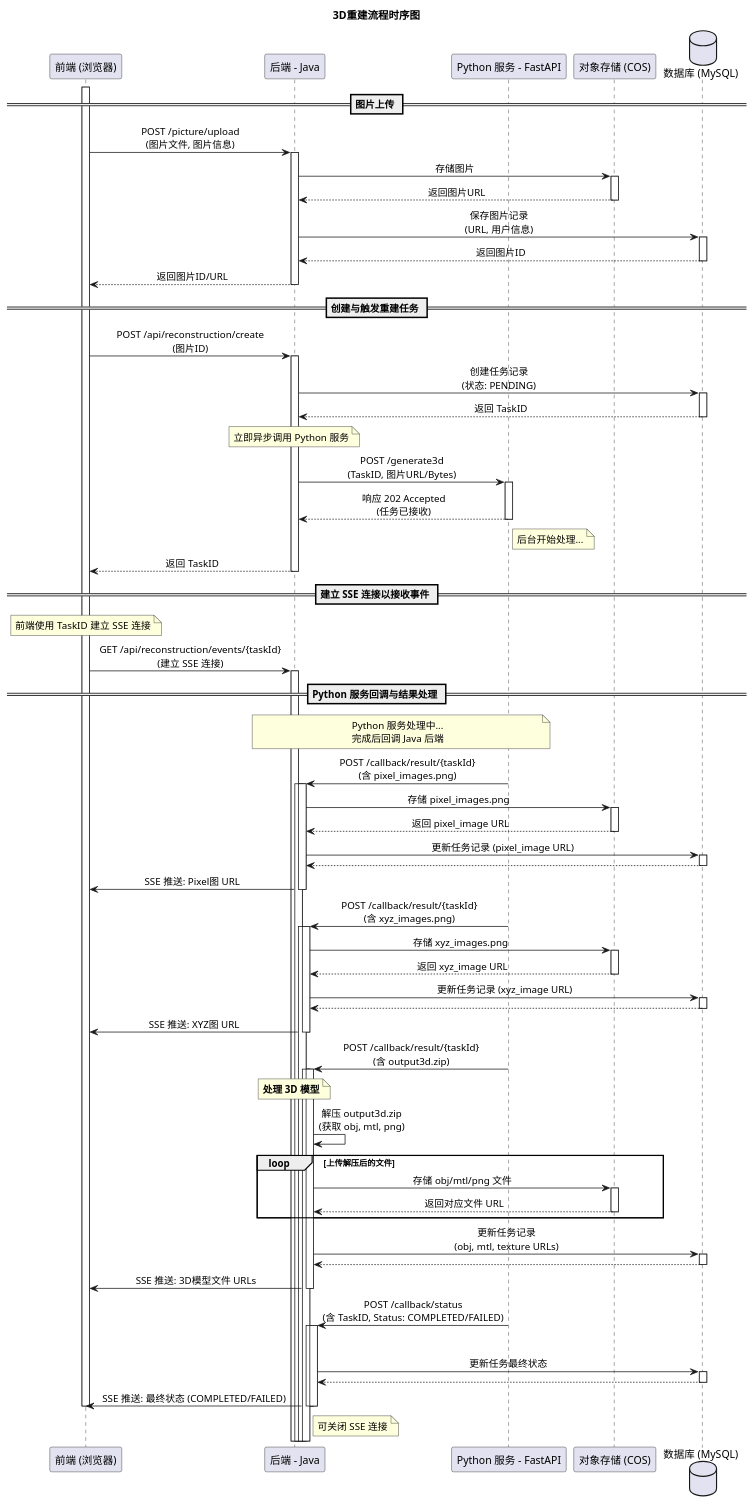
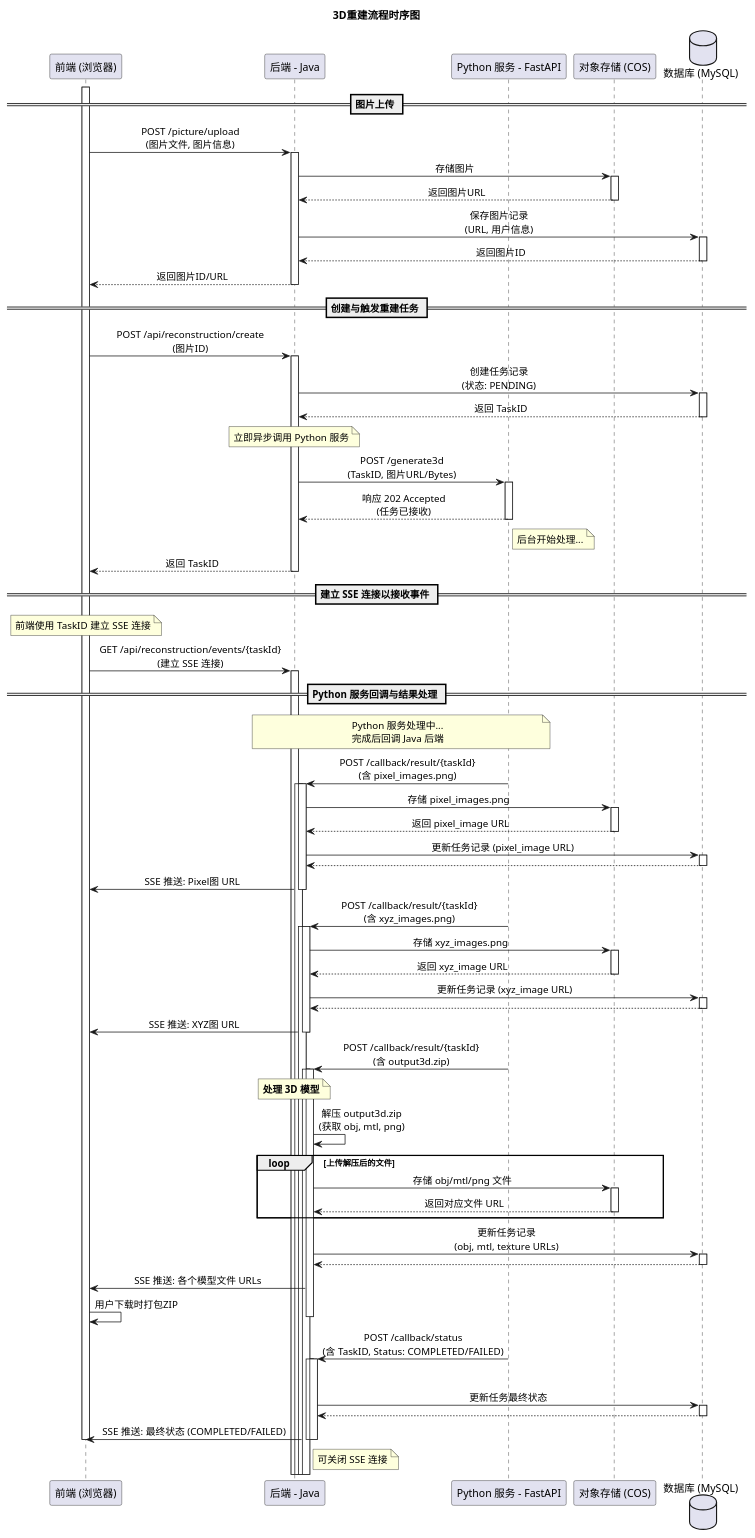
The diagram in src/main/resources/uml/3DReconstruction.puml (Rvioleck/3D-Lab-Data-Factory), drawn with PlantUML before and after one commit. The commit also changed 19 other files, not shown here.

```diff
--- a/src/main/resources/uml/3DReconstruction.puml
+++ b/src/main/resources/uml/3DReconstruction.puml
@@ -1,85 +1,86 @@
 @startuml
 title 3D重建流程时序图
 
 participant "前端 (浏览器)" as Frontend
 participant "后端 - Java" as BackendJava
 participant "Python 服务 - FastAPI" as PythonService
 participant "对象存储 (COS)" as ObjectStorage
 database "数据库 (MySQL)" as Database
 
 skinparam sequenceMessageAlign center
 
 activate Frontend
 
 == 图片上传 ==
 Frontend -> BackendJava ++ : POST /picture/upload\n(图片文件, 图片信息)
 BackendJava -> ObjectStorage ++ : 存储图片
 ObjectStorage --> BackendJava -- : 返回图片URL
 BackendJava -> Database ++ : 保存图片记录\n(URL, 用户信息)
 Database --> BackendJava -- : 返回图片ID
 BackendJava --> Frontend -- : 返回图片ID/URL
 
 == 创建与触发重建任务 ==
 Frontend -> BackendJava ++ : POST /api/reconstruction/create\n(图片ID)
 BackendJava -> Database ++ : 创建任务记录\n(状态: PENDING)
 Database --> BackendJava -- : 返回 TaskID
 
 note over BackendJava : 立即异步调用 Python 服务
 BackendJava -> PythonService ++ : POST /generate3d\n(TaskID, 图片URL/Bytes)
 PythonService --> BackendJava -- : 响应 202 Accepted\n(任务已接收)
 note right of PythonService : 后台开始处理...
 
 ' 任务已接收，后端返回 TaskID 给前端
 BackendJava --> Frontend -- : 返回 TaskID
 
 == 建立 SSE 连接以接收事件 ==
 note over Frontend : 前端使用 TaskID 建立 SSE 连接
 Frontend -> BackendJava ++ : GET /api/reconstruction/events/{taskId}\n(建立 SSE 连接)
 ' 后端保持连接，准备推送事件
 
 == Python 服务回调与结果处理 ==
 note over PythonService, BackendJava : Python 服务处理中...\n完成后回调 Java 后端
 
 PythonService -> BackendJava ++ : POST /callback/result/{taskId}\n(含 pixel_images.png)
 activate BackendJava
 BackendJava -> ObjectStorage ++ : 存储 pixel_images.png
 ObjectStorage --> BackendJava -- : 返回 pixel_image URL
 BackendJava -> Database ++ : 更新任务记录 (pixel_image URL)
 Database --> BackendJava --
 BackendJava -> Frontend : SSE 推送: Pixel图 URL
 deactivate BackendJava
 
 PythonService -> BackendJava ++ : POST /callback/result/{taskId}\n(含 xyz_images.png)
 activate BackendJava
 BackendJava -> ObjectStorage ++ : 存储 xyz_images.png
 ObjectStorage --> BackendJava -- : 返回 xyz_image URL
 BackendJava -> Database ++ : 更新任务记录 (xyz_image URL)
 Database --> BackendJava --
 BackendJava -> Frontend : SSE 推送: XYZ图 URL
 deactivate BackendJava
 
 PythonService -> BackendJava ++ : POST /callback/result/{taskId}\n(含 output3d.zip)
 activate BackendJava
 note over BackendJava : **处理 3D 模型**
 BackendJava -> BackendJava : 解压 output3d.zip\n(获取 obj, mtl, png)
 loop 上传解压后的文件
     BackendJava -> ObjectStorage ++ : 存储 obj/mtl/png 文件
     ObjectStorage --> BackendJava -- : 返回对应文件 URL
 end
 BackendJava -> Database ++ : 更新任务记录\n(obj, mtl, texture URLs)
 Database --> BackendJava --
-BackendJava -> Frontend : SSE 推送: 3D模型文件 URLs
+BackendJava -> Frontend : SSE 推送: 各个模型文件 URLs
+Frontend -> Frontend : 用户下载时打包ZIP
 deactivate BackendJava
 
 PythonService -> BackendJava ++ : POST /callback/status\n(含 TaskID, Status: COMPLETED/FAILED)
 deactivate PythonService
 activate BackendJava
 BackendJava -> Database ++ : 更新任务最终状态
 Database --> BackendJava --
 BackendJava -> Frontend -- : SSE 推送: 最终状态 (COMPLETED/FAILED)
 note right of BackendJava : 可关闭 SSE 连接
 deactivate BackendJava
 
 deactivate Frontend
 
 @enduml
```
